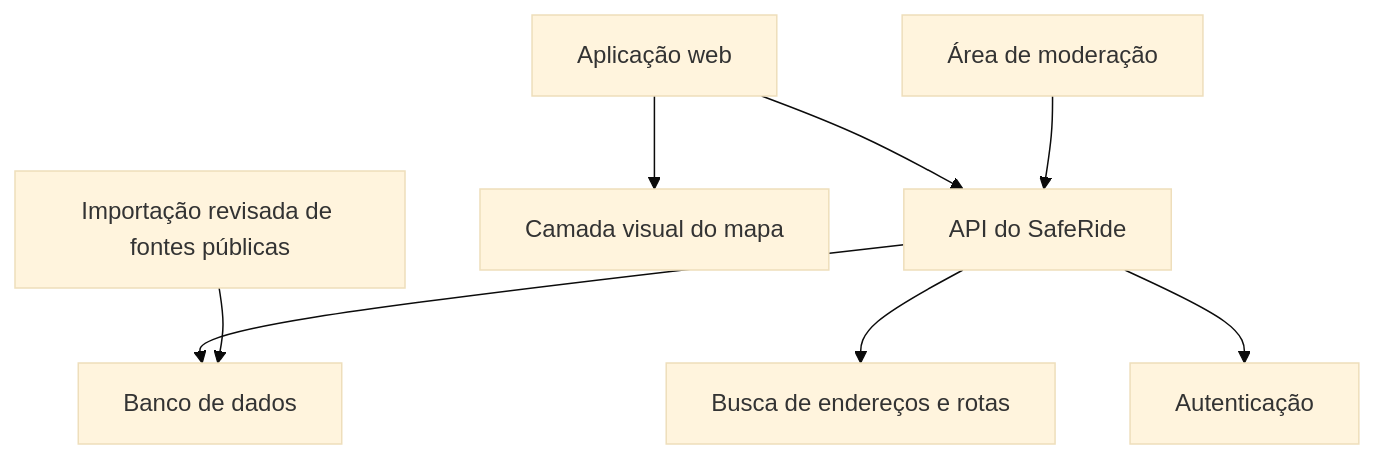
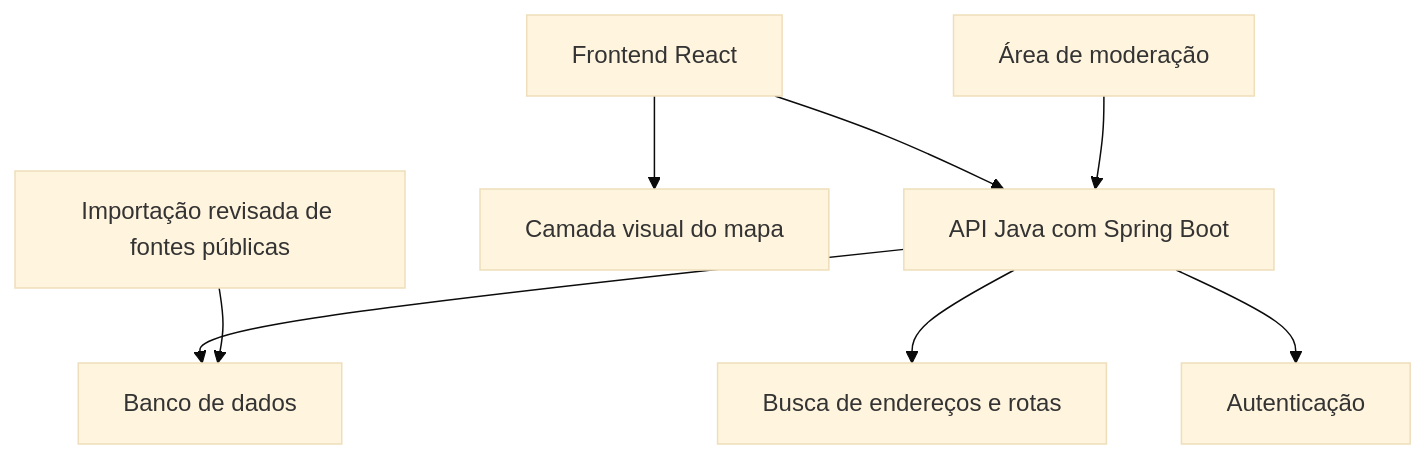
The diagram in 02-arquitetura.md (Lopezez-git/saferide), drawn with Mermaid (base theme) before and after one commit. The commit also changed other lines of this file and 4 other files, not shown here.

Commit message:
docs: definir React e Spring Boot como stack obrigatória

````diff
--- a/02-arquitetura.md
+++ b/02-arquitetura.md
@@ -7,10 +7,10 @@
 ```mermaid
 flowchart TD
-    U[Aplicação web] --> API[API do SafeRide]
+    U[Frontend React] --> API[API Java com Spring Boot]
     U --> M[Camada visual do mapa]
     API --> DB[Banco de dados]
     API --> GEO[Busca de endereços e rotas]
     API --> AUTH[Autenticação]
     ADM[Área de moderação] --> API
     PUB[Importação revisada de fontes públicas] --> DB
 ```
````
